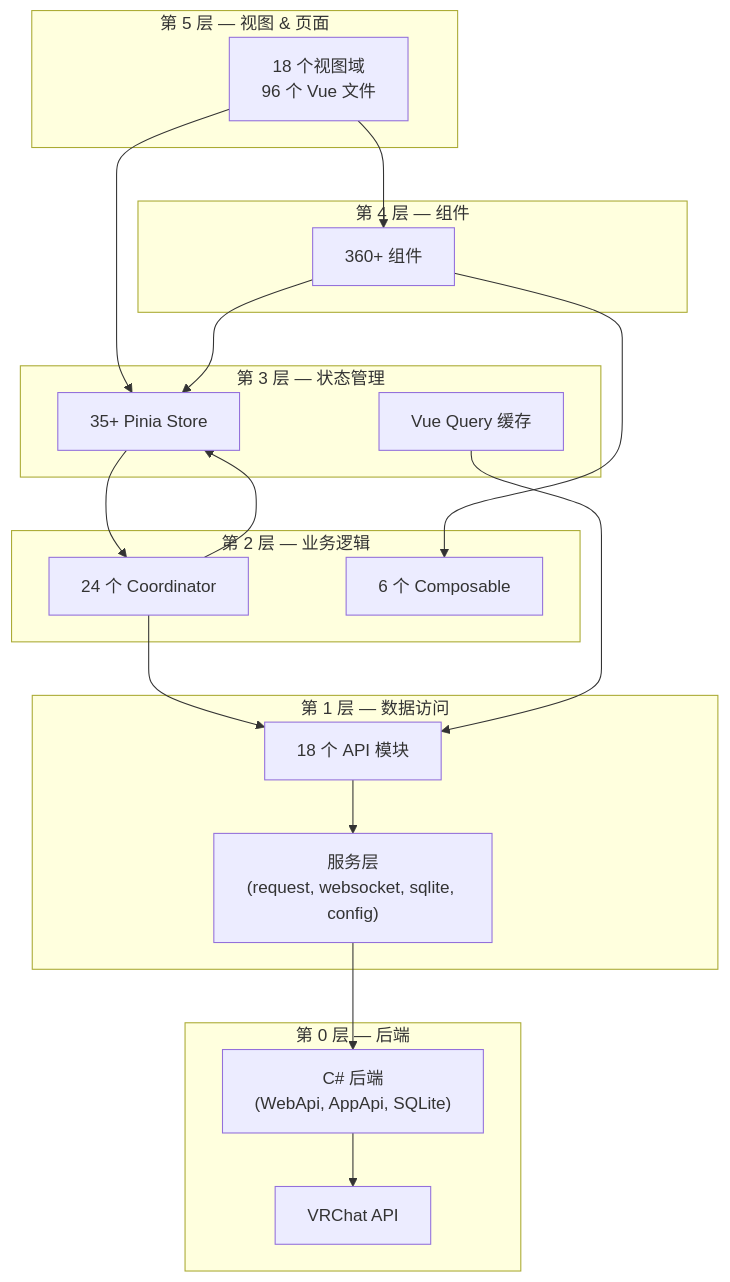
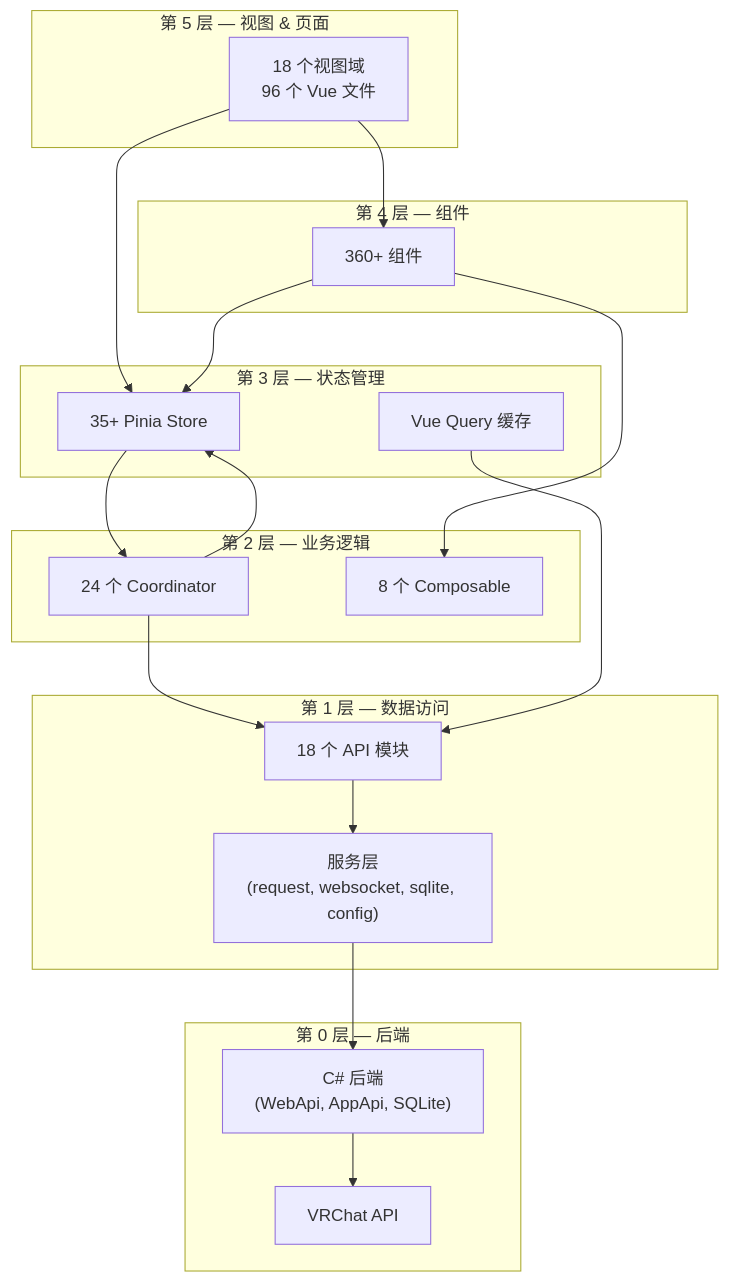
One commit to Map1en/vrcx-docs changed the first of 2 diagrams in zh/architecture/overview.md. Above: the diagram before and after it, drawn with Mermaid. The commit also changed other lines of this file and 5 other files, not shown here.

````diff
--- a/zh/architecture/overview.md
+++ b/zh/architecture/overview.md
@@ -20,42 +20,42 @@
 ```mermaid
 graph TD
     subgraph Layer5["第 5 层 — 视图 & 页面"]
         Views["18 个视图域<br/>96 个 Vue 文件"]
     end
 
     subgraph Layer4["第 4 层 — 组件"]
         Components["360+ 组件"]
     end
 
     subgraph Layer3["第 3 层 — 状态管理"]
         Stores["35+ Pinia Store"]
         Queries["Vue Query 缓存"]
     end
 
     subgraph Layer2["第 2 层 — 业务逻辑"]
         Coordinators["24 个 Coordinator"]
-        Composables["6 个 Composable"]
+        Composables["8 个 Composable"]
     end
 
     subgraph Layer1["第 1 层 — 数据访问"]
         API["18 个 API 模块"]
         Services["服务层<br/>(request, websocket, sqlite, config)"]
     end
 
     subgraph Layer0["第 0 层 — 后端"]
         CSharp["C# 后端<br/>(WebApi, AppApi, SQLite)"]
         VRChatAPI["VRChat API"]
     end
 
     Views --> Components
     Views --> Stores
     Components --> Stores
     Components --> Composables
     Stores --> Coordinators
     Coordinators --> Stores
     Coordinators --> API
     Queries --> API
     API --> Services
     Services --> CSharp
     CSharp --> VRChatAPI
 ```
````
